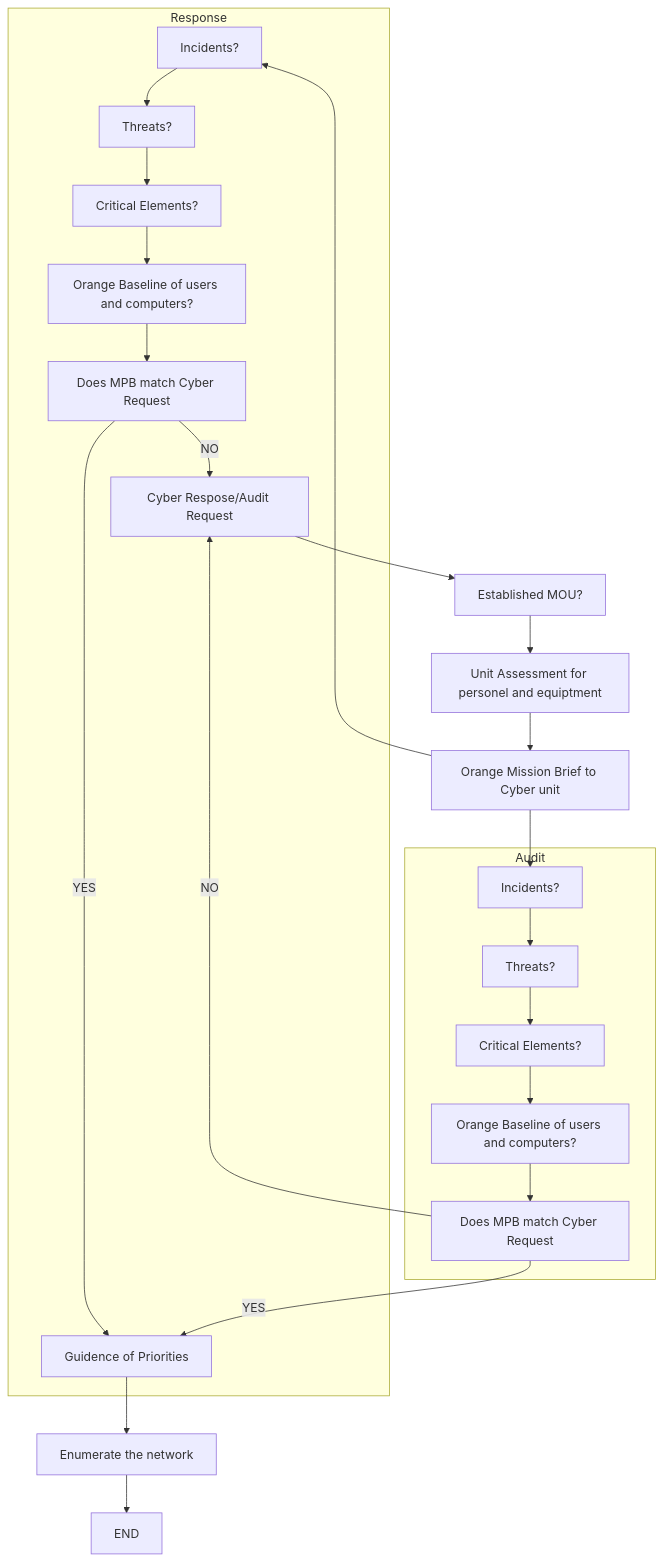
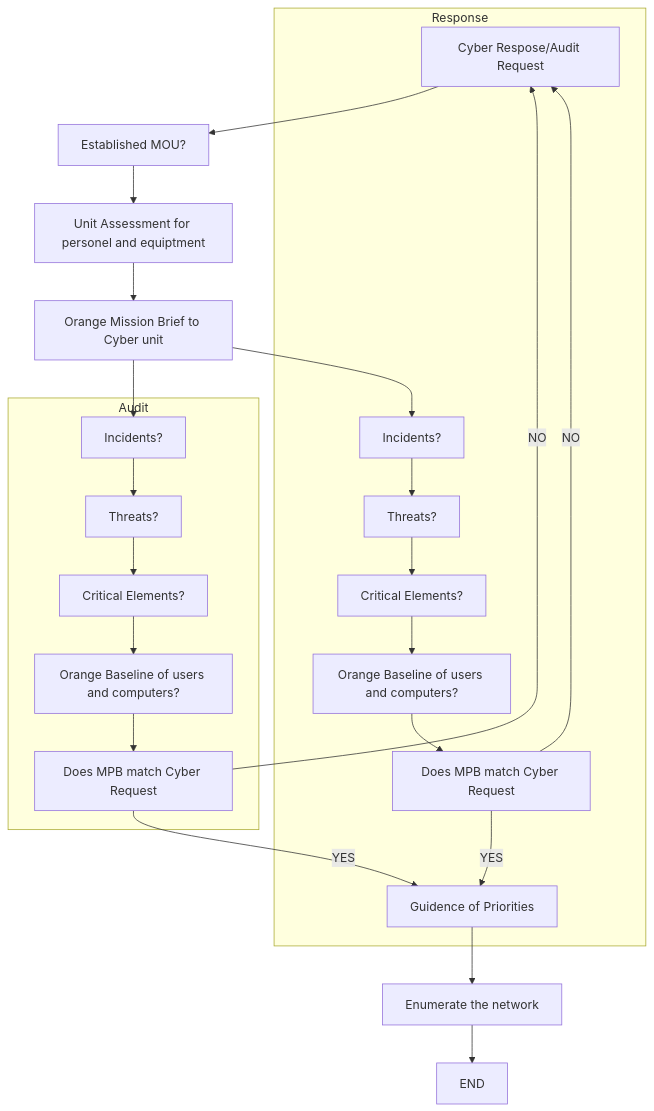
One commit to huntmckay/cyberflow changed the diagram in flow.md. Above: the diagram before and after it, drawn with Mermaid.

Commit message:
updates command flow

````diff
--- a/flow.md
+++ b/flow.md
@@ -1,34 +1,38 @@
 ```mermaid
 ---
 Title: Command planning phase
 ---
 flowchart TD
+    A[Cyber Respose/Audit Request]
+    B[Established MOU?]
+    C[Unit Assessment for personel and equiptment]
+    D[Orange Mission Brief to Cyber unit]
+    H[Guidence of Priorities]
+    A --> B
+    B --> C
+    C --> D
+    D --> a1
+    D --> r1
+    H --> I[Enumerate the network]
+    I --> J[END]
+
     subgraph Response
     r1[Incidents?] --> r2
     r2[Threats?] --> r3
     r3[Critical Elements?] --> r4
     r4[Orange Baseline of users and computers?] --> r5
     r5[Does MPB match Cyber Request]
     r5 --> |NO| A
     r5 --> |YES| H
     end
 
     subgraph Audit
     a1[Incidents?] --> a2
     a2[Threats?] --> a3
     a3[Critical Elements?] --> a4
     a4[Orange Baseline of users and computers?] --> a5
     a5[Does MPB match Cyber Request]
     a5 --> |NO| A
     a5 --> |YES| H
     end
-
-    A[Cyber Respose/Audit Request] --> B[Established MOU?]
-    B --> C[Unit Assessment for personel and equiptment]
-    C --> D[Orange Mission Brief to Cyber unit]
-    D --> a1
-    D --> r1
-    H[Guidence of Priorities]
-    H --> I[Enumerate the network]
-    I --> J[END]
 ```
````
